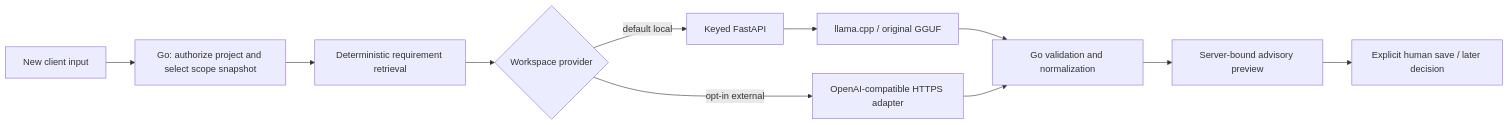
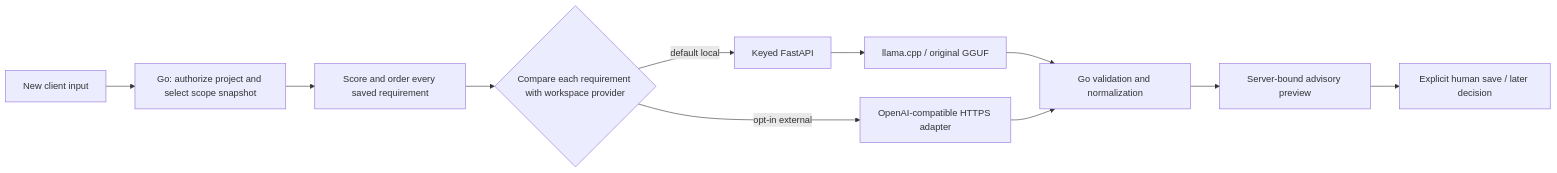
The diagram in docs/model-and-providers.md (muneeb-anjum0/Drift), drawn with Mermaid before and after one commit. The commit also changed other lines of this file and 45 other files, not shown here.

````diff
--- a/docs/model-and-providers.md
+++ b/docs/model-and-providers.md
@@ -5,13 +5,13 @@
 ```mermaid
 flowchart LR
   Input[New client input] --> Go[Go: authorize project and select scope snapshot]
-  Go --> Retrieval[Deterministic requirement retrieval]
-  Retrieval --> Provider{Workspace provider}
+  Go --> Retrieval[Score and order every saved requirement]
+  Retrieval --> Provider{Compare each requirement with workspace provider}
   Provider -->|default local| FastAPI[Keyed FastAPI]
   FastAPI --> Llama[llama.cpp / original GGUF]
   Provider -->|opt-in external| HTTPS[OpenAI-compatible HTTPS adapter]
   Llama --> Normalize[Go validation and normalization]
   HTTPS --> Normalize
   Normalize --> Preview[Server-bound advisory preview]
   Preview --> Human[Explicit human save / later decision]
 ```
````
